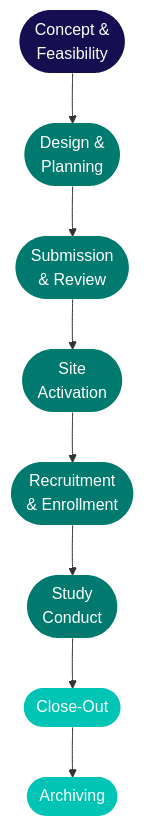
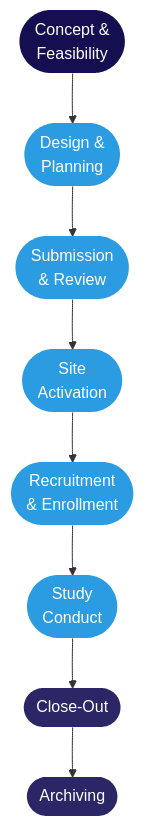
The diagram in kb/study-lifecycle.mdx (matthewfiorentino/docs), drawn with Mermaid before and after one commit. The commit also changed 36 other files, not shown here.

````diff
--- a/kb/study-lifecycle.mdx
+++ b/kb/study-lifecycle.mdx
@@ -19,13 +19,13 @@
 ```mermaid
 flowchart TD
     A([Concept &\nFeasibility]) --> B([Design &\nPlanning]) --> C([Submission\n& Review]) --> D([Site\nActivation]) --> E([Recruitment\n& Enrollment]) --> F([Study\nConduct]) --> G([Close-Out]) --> H([Archiving])
 
     style A fill:#150e51,color:#fff,stroke:none
-    style B fill:#007a6e,color:#fff,stroke:none
-    style C fill:#007a6e,color:#fff,stroke:none
-    style D fill:#007a6e,color:#fff,stroke:none
-    style E fill:#007a6e,color:#fff,stroke:none
-    style F fill:#007a6e,color:#fff,stroke:none
-    style G fill:#00c4b4,color:#fff,stroke:none
-    style H fill:#00c4b4,color:#fff,stroke:none
+    style B fill:#2b9ce2,color:#fff,stroke:none
+    style C fill:#2b9ce2,color:#fff,stroke:none
+    style D fill:#2b9ce2,color:#fff,stroke:none
+    style E fill:#2b9ce2,color:#fff,stroke:none
+    style F fill:#2b9ce2,color:#fff,stroke:none
+    style G fill:#2b2666,color:#fff,stroke:none
+    style H fill:#2b2666,color:#fff,stroke:none
 ```
````
